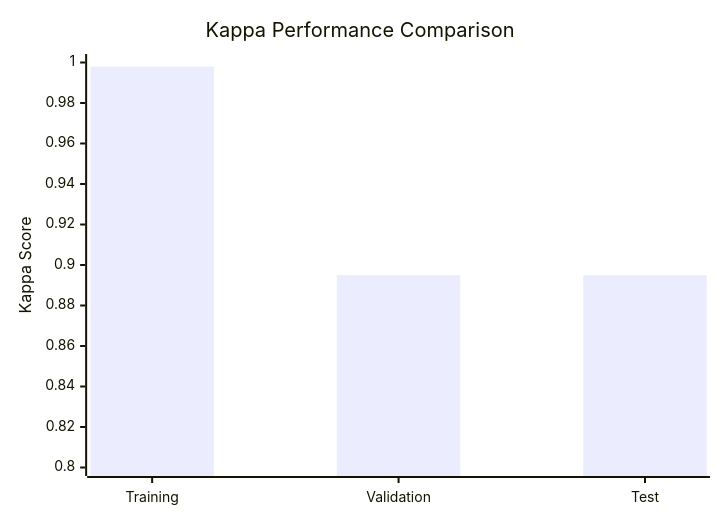
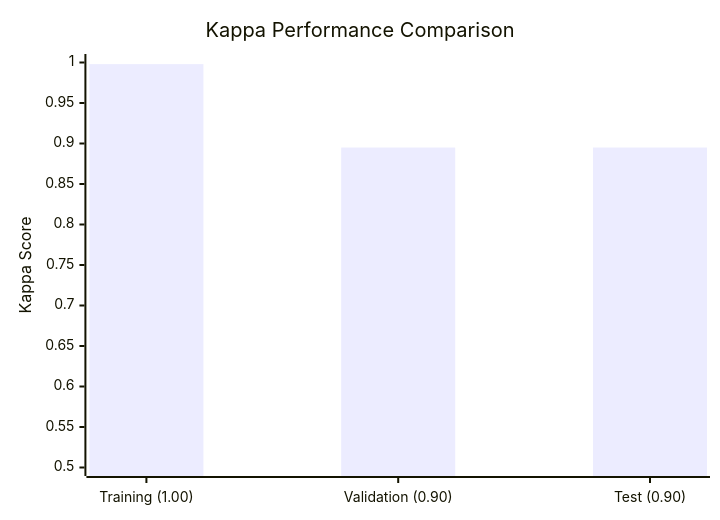
The second of 5 diagrams in README.md (Daniel-Lachner-Piza/EEG_Characterizer_HFO), drawn with Mermaid before and after one commit. The commit also changed other lines of this file, not shown here.

````diff
--- a/README.md
+++ b/README.md
@@ -51,7 +51,7 @@
 ```mermaid
 xychart-beta
     title "Kappa Performance Comparison"
-    x-axis ["Training", "Validation", "Test"]
-    y-axis "Kappa Score" 0.8 --> 1.0
+    x-axis ["Training (1.00)", "Validation (0.90)", "Test (0.90)"]
+    y-axis "Kappa Score" 0.5 --> 1.0
     bar [0.998, 0.895, 0.895]
 ```
````
